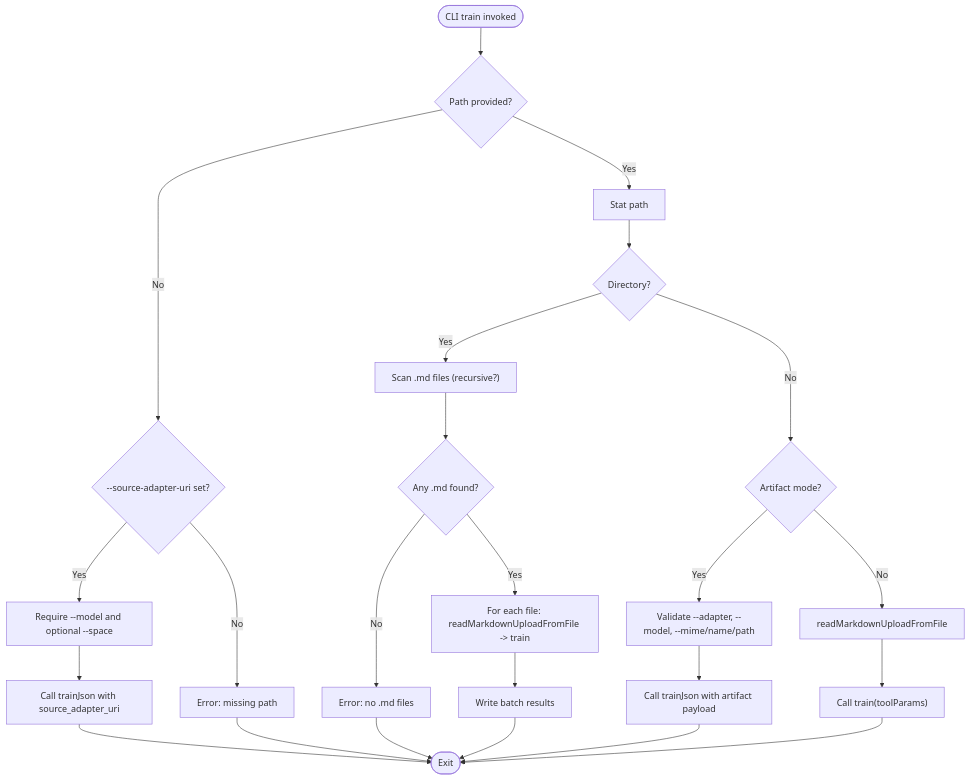
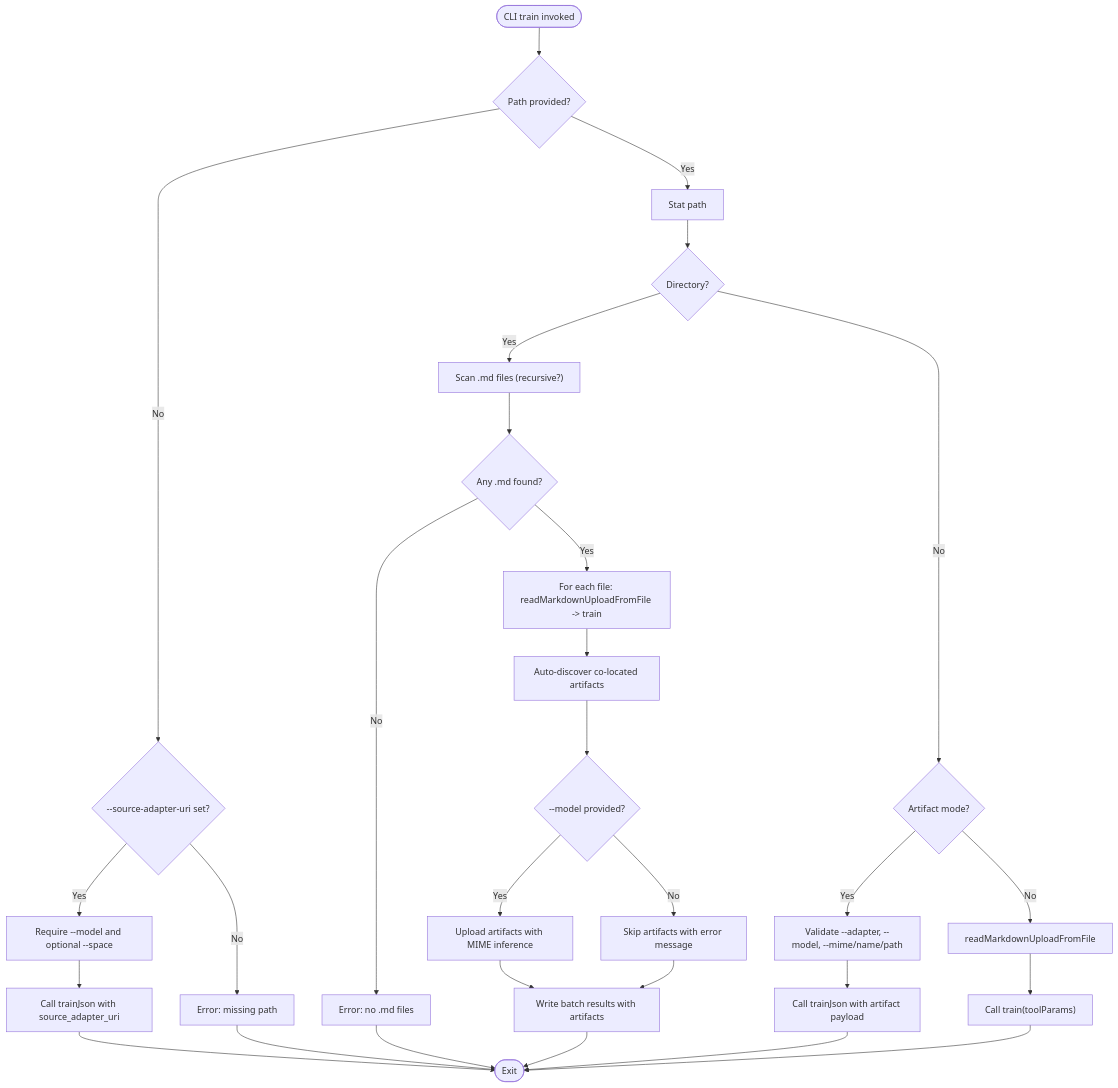
Before and after one commit to debian777/kairos-mcp: the third of 8 diagrams in .qoder/repowiki/en/content/User Interfaces/CLI Interface/Training Commands.md, drawn with Mermaid. The commit also changed other lines of this file and 16 other files, not shown here.

````diff
--- a/.qoder/repowiki/en/content/User Interfaces/CLI Interface/Training Commands.md
+++ b/.qoder/repowiki/en/content/User Interfaces/CLI Interface/Training Commands.md
@@ -185,26 +215,31 @@
 ```mermaid
 flowchart TD
 Start(["CLI train invoked"]) --> Mode{"Path provided?"}
 Mode --> |No| CheckFork{"--source-adapter-uri set?"}
 CheckFork --> |Yes| ForkReq["Require --model and optional --space"]
 ForkReq --> CallFork["Call trainJson with source_adapter_uri"]
 CheckFork --> |No| MissingPath["Error: missing path"]
 Mode --> |Yes| Stat["Stat path"]
 Stat --> IsDir{"Directory?"}
 IsDir --> |Yes| BatchScan["Scan .md files (recursive?)"]
 BatchScan --> AnyMD{"Any .md found?"}
 AnyMD --> |No| ErrNoMD["Error: no .md files"]
 AnyMD --> |Yes| Loop["For each file: readMarkdownUploadFromFile -> train"]
-Loop --> BatchOut["Write batch results"]
+Loop --> AutoDiscover["Auto-discover co-located artifacts"]
+AutoDiscover --> CheckModel{"--model provided?"}
+CheckModel --> |Yes| UploadArtifacts["Upload artifacts with MIME inference"]
+CheckModel --> |No| SkipArtifacts["Skip artifacts with error message"]
+UploadArtifacts --> BatchOut["Write batch results with artifacts"]
+SkipArtifacts --> BatchOut
 IsDir --> |No| IsArtifact{"Artifact mode?"}
 IsArtifact --> |Yes| ArtifactPre["Validate --adapter, --model, --mime/name/path"]
 ArtifactPre --> CallTrainJson["Call trainJson with artifact payload"]
 IsArtifact --> |No| ReadMD["readMarkdownUploadFromFile"]
 ReadMD --> CallTrain["Call train(toolParams)"]
 CallFork --> End(["Exit"])
 CallTrainJson --> End
 CallTrain --> End
 BatchOut --> End
 MissingPath --> End
 ErrNoMD --> End
 ```
````
